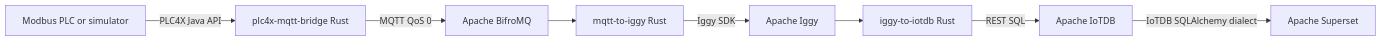
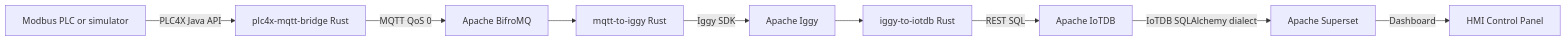
Before and after one commit to ottlukas/iggy-plc4x-pilot: the diagram in README.md, drawn with Mermaid. The commit also changed other lines of this file and 13 other files, not shown here.

First line of the commit message:
feat: Enhance Apache IoTDB + Superset Integration with Docker-Based Architecture and Integration Testing

````diff
--- a/README.md
+++ b/README.md
@@ -9,10 +9,11 @@
 ```mermaid
 flowchart LR
     PLC[Modbus PLC or simulator] -->|PLC4X Java API| Bridge[plc4x-mqtt-bridge Rust]
     Bridge -->|MQTT QoS 0| Broker[Apache BifroMQ]
     Broker --> MqttRelay[mqtt-to-iggy Rust]
     MqttRelay -->|Iggy SDK| Iggy[Apache Iggy]
     Iggy --> IotdbRelay[iggy-to-iotdb Rust]
     IotdbRelay -->|REST SQL| IoTDB[Apache IoTDB]
     IoTDB -->|IoTDB SQLAlchemy dialect| Superset[Apache Superset]
+    Superset -->|Dashboard| HMI[HMI Control Panel]
 ```
````
